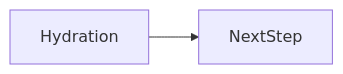
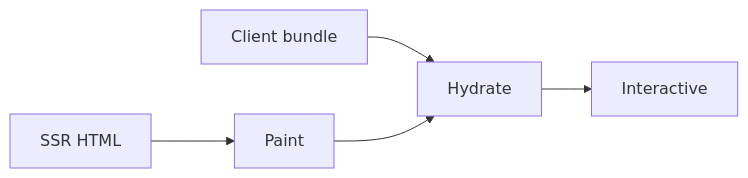
Before and after one commit to OmidJavaherii/Frontend-Engineering-Handbook: the second of 2 diagrams in docs/en/12-rendering/hydration/index.md, drawn with Mermaid. The commit also changed other lines of this file and 461 other files, not shown here.

````diff
--- a/docs/en/12-rendering/hydration/index.md
+++ b/docs/en/12-rendering/hydration/index.md
@@ -96,4 +111,6 @@
 ```mermaid
 flowchart LR
-  concept[Hydration] --> nextStep[NextStep]
+  HTML[SSR HTML] --> Paint
+  JS[Client bundle] --> Hydrate
+  Paint --> Hydrate --> UI[Interactive]
 ```
````
